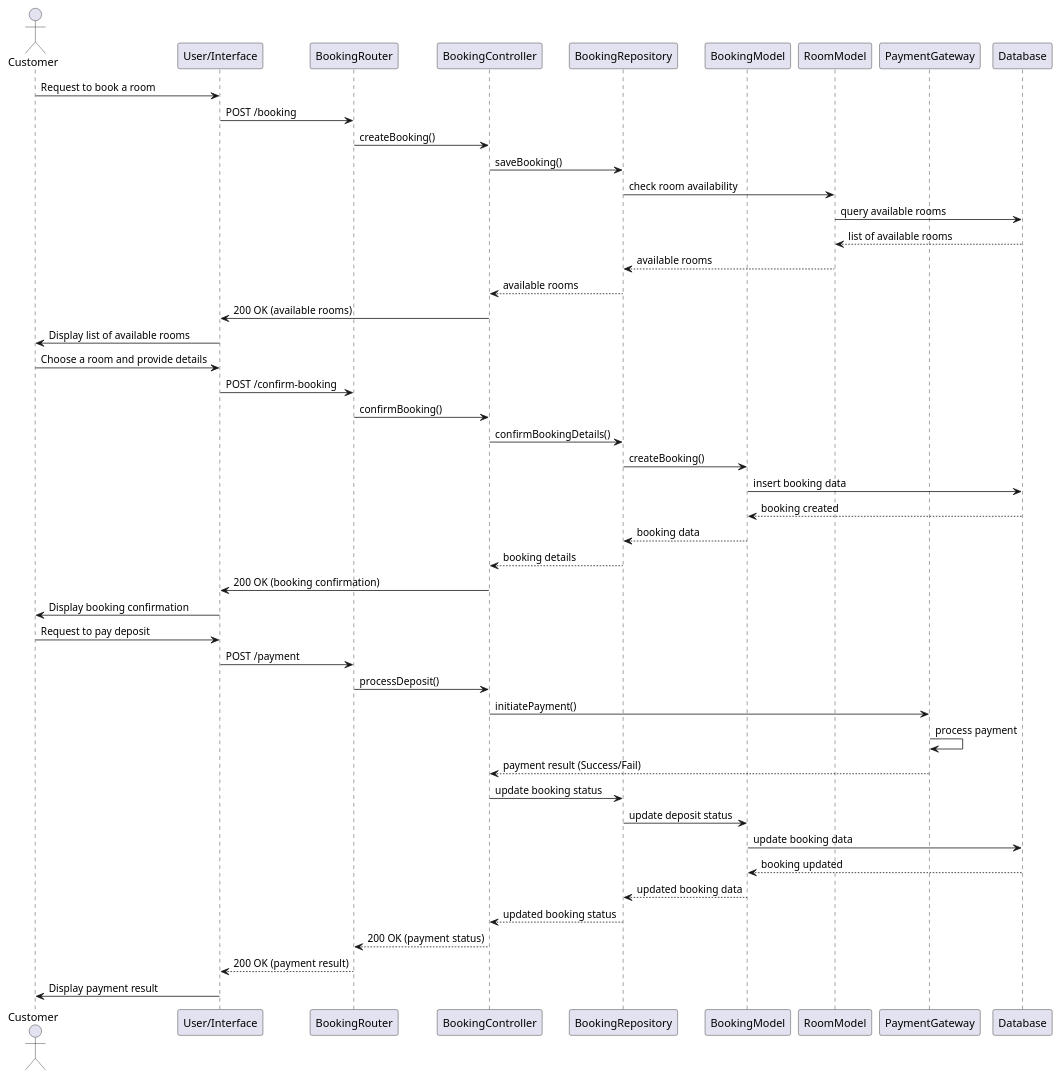
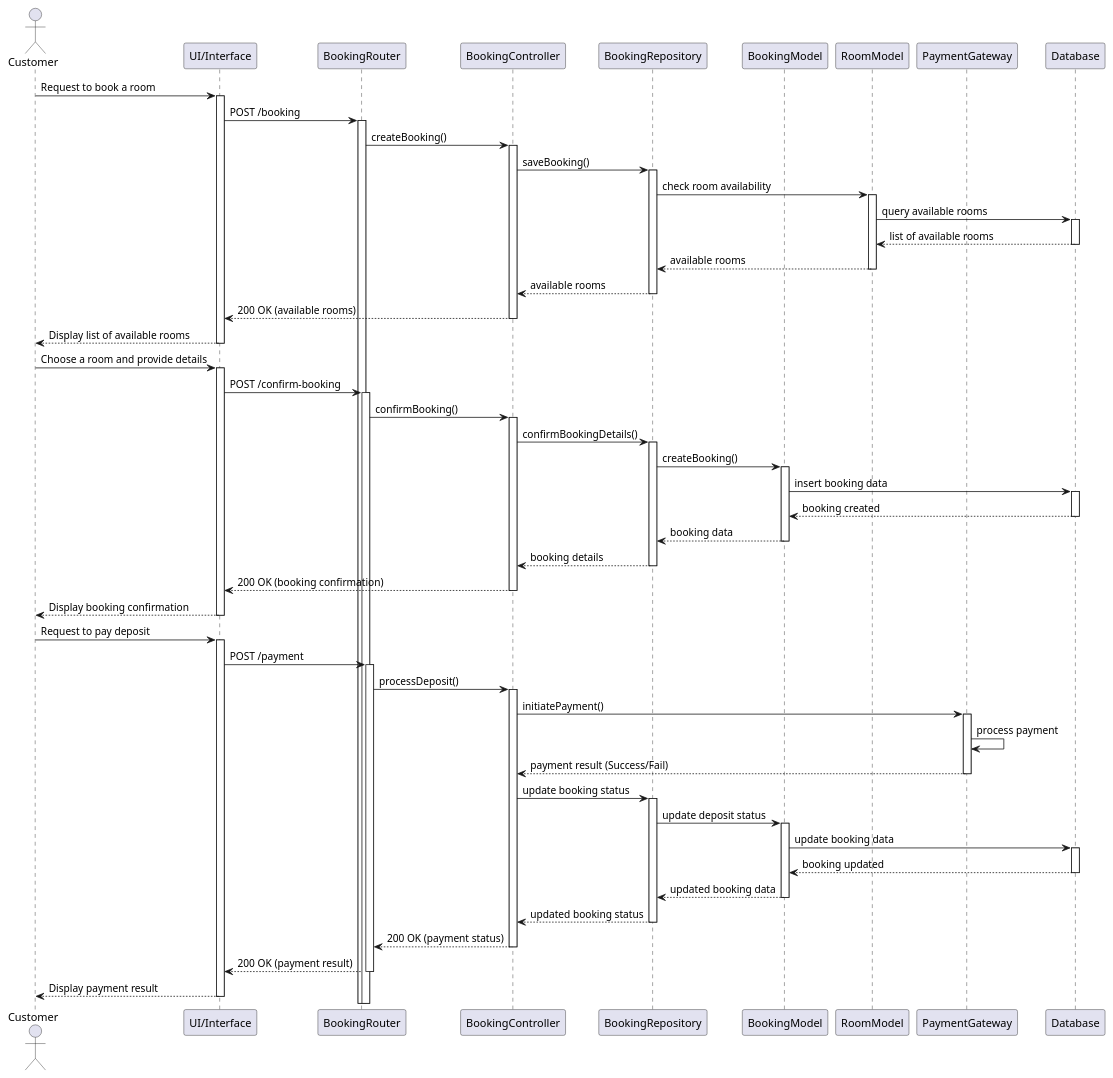
Before and after one commit to trongend123/HuongSen: the diagram in backend/ClassDiagram/Sequence_Customers/Booking_room.puml, drawn with PlantUML. The commit also changed 162 other files, not shown here.

Commit message:
add sequence

```diff
--- a/backend/ClassDiagram/Sequence_Customers/Booking_room.puml
+++ b/backend/ClassDiagram/Sequence_Customers/Booking_room.puml
@@ -1,54 +1,94 @@
 @startuml
 actor Customer
-participant "User/Interface" as UI
+participant "UI/Interface" as UI
 participant "BookingRouter" as Router
 participant "BookingController" as Controller
 participant "BookingRepository" as Repository
 participant "BookingModel" as BookingModel
 participant "RoomModel" as RoomModel
 participant "PaymentGateway" as PaymentGateway
 participant "Database" as DB
 
 Customer -> UI: Request to book a room
+activate UI
 UI -> Router: POST /booking
+activate Router
 Router -> Controller: createBooking()
+activate Controller
 Controller -> Repository: saveBooking()
+activate Repository
 
 Repository -> RoomModel: check room availability
+activate RoomModel
 RoomModel -> DB: query available rooms
+activate DB
 DB --> RoomModel: list of available rooms
+deactivate DB
 RoomModel --> Repository: available rooms
+deactivate RoomModel
 Repository --> Controller: available rooms
-Controller -> UI: 200 OK (available rooms)
-UI -> Customer: Display list of available rooms
+deactivate Repository
+
+Controller --> UI: 200 OK (available rooms)
+deactivate Controller
+UI --> Customer: Display list of available rooms
+deactivate UI
 
 Customer -> UI: Choose a room and provide details
+activate UI
 UI -> Router: POST /confirm-booking
+activate Router
 Router -> Controller: confirmBooking()
+activate Controller
 Controller -> Repository: confirmBookingDetails()
+activate Repository
 
 Repository -> BookingModel: createBooking()
+activate BookingModel
 BookingModel -> DB: insert booking data
+activate DB
 DB --> BookingModel: booking created
+deactivate DB
 BookingModel --> Repository: booking data
+deactivate BookingModel
 Repository --> Controller: booking details
-Controller -> UI: 200 OK (booking confirmation)
-UI -> Customer: Display booking confirmation
+deactivate Repository
+
+Controller --> UI: 200 OK (booking confirmation)
+deactivate Controller
+UI --> Customer: Display booking confirmation
+deactivate UI
 
 Customer -> UI: Request to pay deposit
+activate UI
 UI -> Router: POST /payment
+activate Router
 Router -> Controller: processDeposit()
+activate Controller
 Controller -> PaymentGateway: initiatePayment()
+activate PaymentGateway
 
 PaymentGateway -> PaymentGateway: process payment
 PaymentGateway --> Controller: payment result (Success/Fail)
+deactivate PaymentGateway
 Controller -> Repository: update booking status
+activate Repository
+
 Repository -> BookingModel: update deposit status
+activate BookingModel
 BookingModel -> DB: update booking data
+activate DB
 DB --> BookingModel: booking updated
+deactivate DB
 BookingModel --> Repository: updated booking data
+deactivate BookingModel
 Repository --> Controller: updated booking status
+deactivate Repository
+
 Controller --> Router: 200 OK (payment status)
+deactivate Controller
 Router --> UI: 200 OK (payment result)
-UI -> Customer: Display payment result
+deactivate Router
+UI --> Customer: Display payment result
+deactivate UI
 @enduml
```
